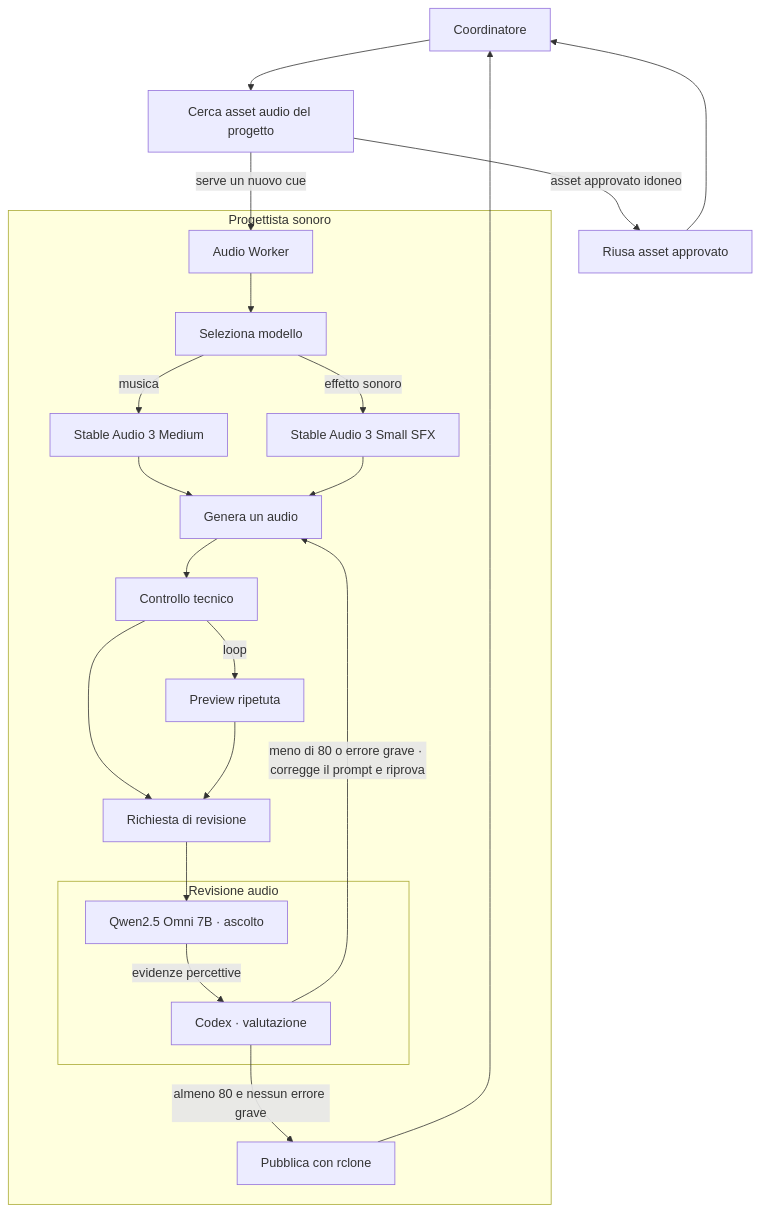
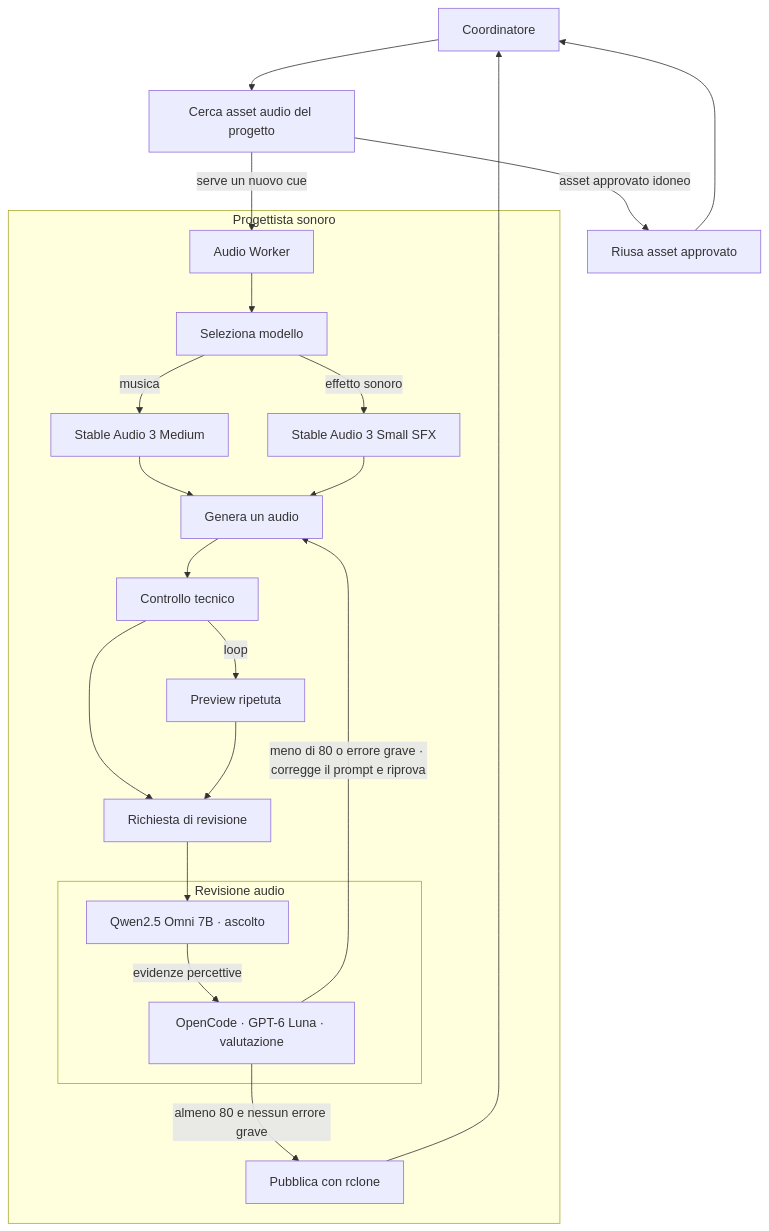
Before and after one commit to DRincs-Productions/LM-Studio: the seventh of 12 diagrams in README.md, drawn with Mermaid. The commit also changed other lines of this file and 31 other files, not shown here.

Commit message:
Integrate OpenCode across Shadow workflows

````diff
--- a/README.md
+++ b/README.md
@@ -191,39 +189,39 @@
 ```mermaid
 flowchart TD
     C[Coordinatore]
     FIND[Cerca asset audio del progetto]
     REUSE[Riusa asset approvato]
     subgraph SONORO[Progettista sonoro]
         AW[Audio Worker]
         M[Seleziona modello]
         MM[Stable Audio 3 Medium]
         MS[Stable Audio 3 Small SFX]
         G[Genera un audio]
         T[Controllo tecnico]
         P[Preview ripetuta]
         ASK[Richiesta di revisione]
         O[Pubblica con rclone]
         AW --> M
         M -->|musica| MM
         M -->|effetto sonoro| MS
         MM --> G
         MS --> G
         G --> T
         T -->|loop| P
         subgraph REVIEW[Revisione audio]
             LM[Qwen2.5 Omni 7B · ascolto]
-            R[Codex · valutazione]
+            R[OpenCode · GPT-6 Luna · valutazione]
             LM -->|evidenze percettive| R
         end
         T --> ASK
         P --> ASK
         ASK --> LM
         R -->|meno di 80 o errore grave · corregge il prompt e riprova| G
         R -->|almeno 80 e nessun errore grave| O
     end
     C --> FIND
     FIND -->|asset approvato idoneo| REUSE
     REUSE --> C
     FIND -->|serve un nuovo cue| AW
     O --> C
 ```
````
